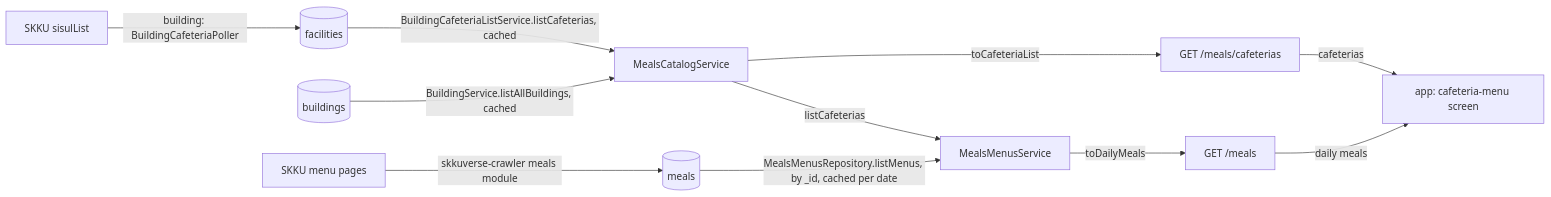
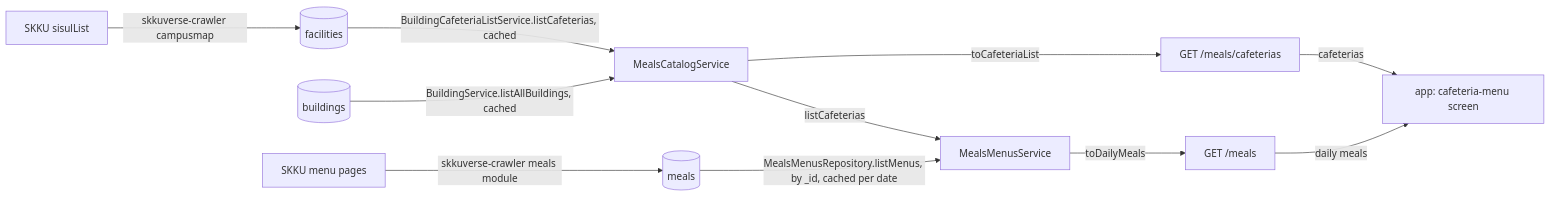
The diagram in docs/explanation/meals-architecture.md (skkuverse/skkuverse-server), drawn with Mermaid before and after one commit. The commit also changed other lines of this file and 44 other files, not shown here.

Commit message:
refactor(building)!: stop writing the cafeteria registry; the crawler owns it

````diff
--- a/docs/explanation/meals-architecture.md
+++ b/docs/explanation/meals-architecture.md
@@ -41,13 +41,13 @@
 ```mermaid
 flowchart LR
-  sisul["SKKU sisulList"] -->|building: BuildingCafeteriaPoller| fac[("facilities")]
+  sisul["SKKU sisulList"] -->|skkuverse-crawler campusmap| fac[("facilities")]
   fac -->|BuildingCafeteriaListService.listCafeterias, cached| svc["MealsCatalogService"]
   bld[("buildings")] -->|BuildingService.listAllBuildings, cached| svc
   svc -->|toCafeteriaList| route["GET /meals/cafeterias"]
   route -->|cafeterias| screen["app: cafeteria-menu screen"]
   page["SKKU menu pages"] -->|skkuverse-crawler meals module| menus[("meals")]
   menus -->|MealsMenusRepository.listMenus, by _id, cached per date| msvc["MealsMenusService"]
   svc -->|listCafeterias| msvc
   msvc -->|toDailyMeals| mroute["GET /meals"]
   mroute -->|daily meals| screen
 ```
````
